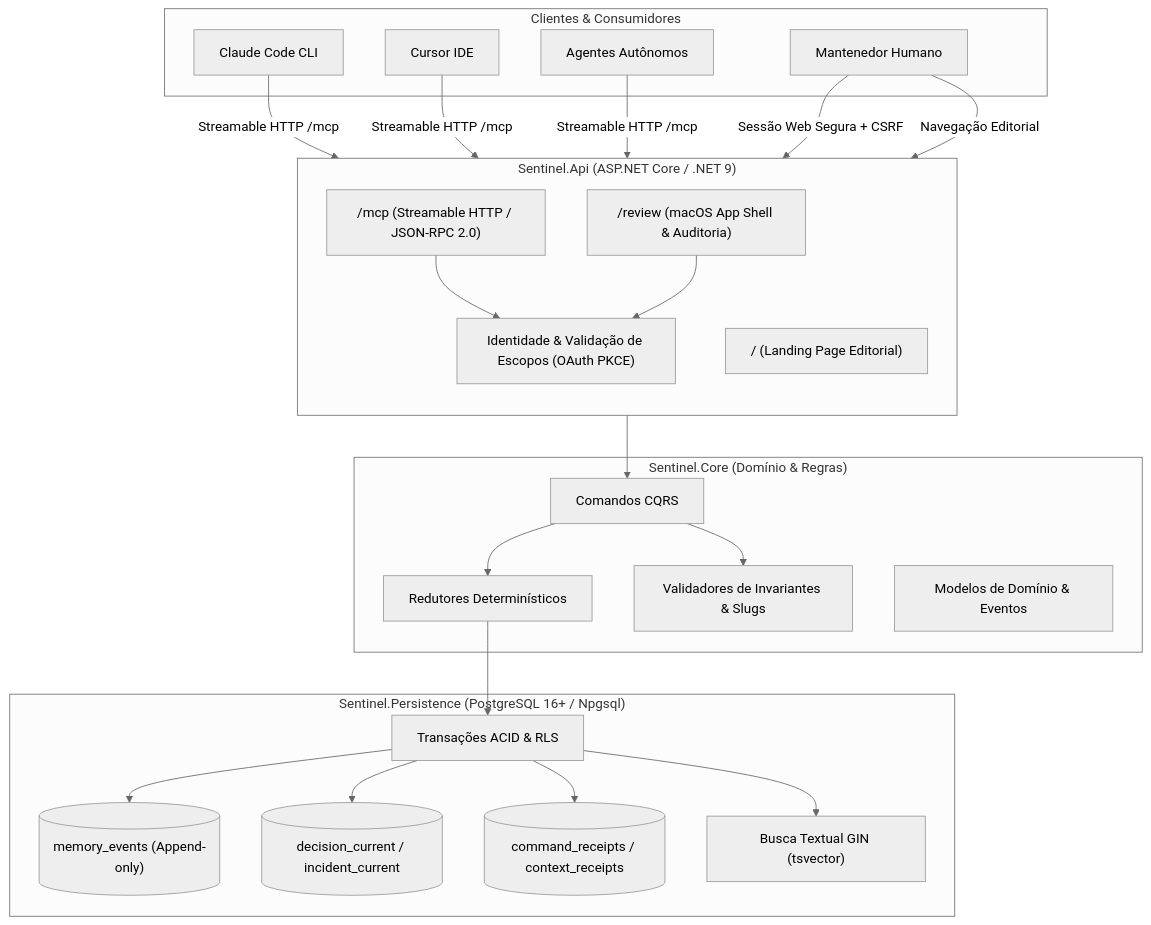
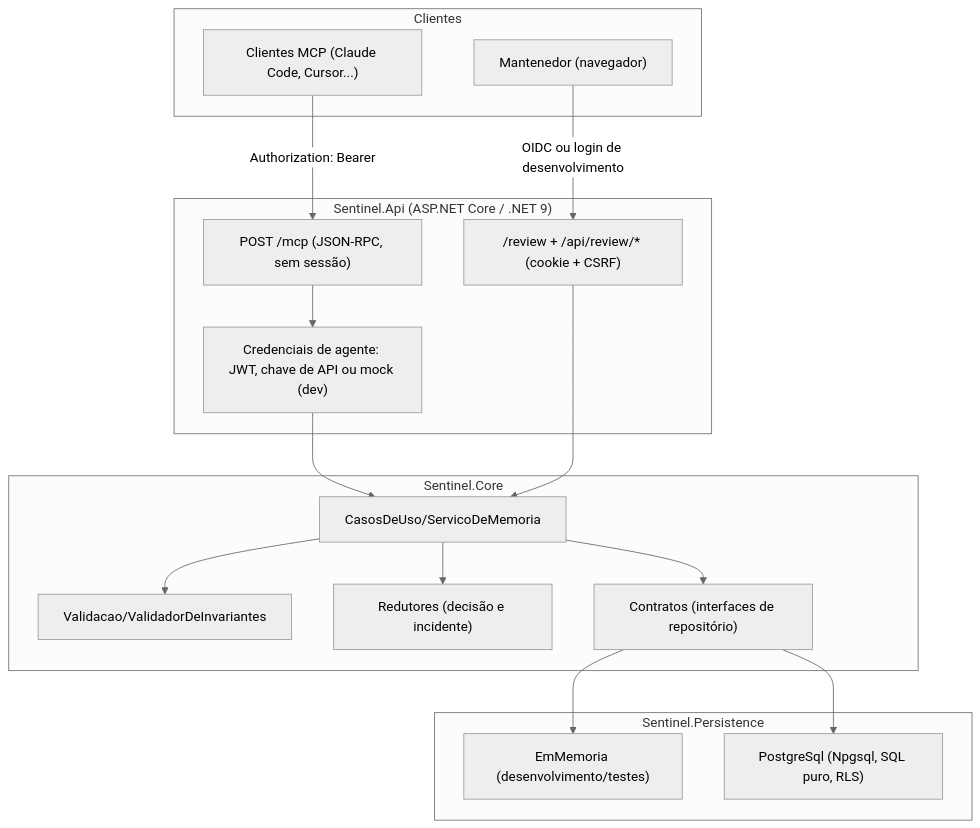
The diagram in README.md (Nathan-Paranhos/SentinelMCP), drawn with Mermaid (neutral theme) before and after one commit. The commit also changed other lines of this file and 69 other files, not shown here.

First line of the commit message:
feat: refatoracao completa de governanca, seguranca RLS, API admin, testes de integracao e simplificacao de comentarios

````diff
--- a/README.md
+++ b/README.md
@@ -105,49 +86,35 @@
 ```mermaid
 flowchart TB
-    subgraph Clientes["Clientes & Consumidores"]
-        A1["Claude Code CLI"]
-        A2["Cursor IDE"]
-        A3["Agentes Autônomos"]
-        H1["Mantenedor Humano"]
+    subgraph Clientes
+        A1["Clientes MCP (Claude Code, Cursor...)"]
+        H1["Mantenedor (navegador)"]
     end
 
-    subgraph ApiLayer["Sentinel.Api (ASP.NET Core / .NET 9)"]
-        direction TB
-        McpEp["/mcp (Streamable HTTP / JSON-RPC 2.0)"]
-        WebRev["/review (macOS App Shell & Auditoria)"]
-        Landing["/ (Landing Page Editorial)"]
-        AuthMid["Identidade & Validação de Escopos (OAuth PKCE)"]
+    subgraph Api["Sentinel.Api (ASP.NET Core / .NET 9)"]
+        McpEp["POST /mcp (JSON-RPC, sem sessão)"]
+        WebRev["/review + /api/review/* (cookie + CSRF)"]
+        Auth["Credenciais de agente: JWT, chave de API ou mock (dev)"]
     end
 
-    subgraph CoreLayer["Sentinel.Core (Domínio & Regras)"]
-        Commands["Comandos CQRS"]
-        Reducers["Redutores Determinísticos"]
-        Invariants["Validadores de Invariantes & Slugs"]
-        Models["Modelos de Domínio & Eventos"]
+    subgraph Core["Sentinel.Core"]
+        Servico["CasosDeUso/ServicoDeMemoria"]
+        Valid["Validacao/ValidadorDeInvariantes"]
+        Red["Redutores (decisão e incidente)"]
+        Contr["Contratos (interfaces de repositório)"]
     end
 
-    subgraph PersistenceLayer["Sentinel.Persistence (PostgreSQL 16+ / Npgsql)"]
-        Trans["Transações ACID & RLS"]
-        Events[("memory_events (Append-only)")]
-        Proj[("decision_current / incident_current")]
-        Receipts[("command_receipts / context_receipts")]
-        FTS["Busca Textual GIN (tsvector)"]
+    subgraph Pers["Sentinel.Persistence"]
+        Mem["EmMemoria (desenvolvimento/testes)"]
+        Pg["PostgreSql (Npgsql, SQL puro, RLS)"]
     end
 
-    A1 -->|Streamable HTTP /mcp| McpEp
-    A2 -->|Streamable HTTP /mcp| McpEp
-    A3 -->|Streamable HTTP /mcp| McpEp
-    H1 -->|Sessão Web Segura + CSRF| WebRev
-    H1 -->|Navegação Editorial| Landing
-
-    McpEp --> AuthMid
-    WebRev --> AuthMid
-    AuthMid --> Commands
-    Commands --> Invariants
-    Commands --> Reducers
-    Reducers --> Trans
-    Trans --> Events
-    Trans --> Proj
-    Trans --> Receipts
-    Trans --> FTS
+    A1 -->|Authorization: Bearer| McpEp
+    H1 -->|OIDC ou login de desenvolvimento| WebRev
+    McpEp --> Auth --> Servico
+    WebRev --> Servico
+    Servico --> Valid
+    Servico --> Red
+    Servico --> Contr
+    Contr --> Mem
+    Contr --> Pg
 ```
````
